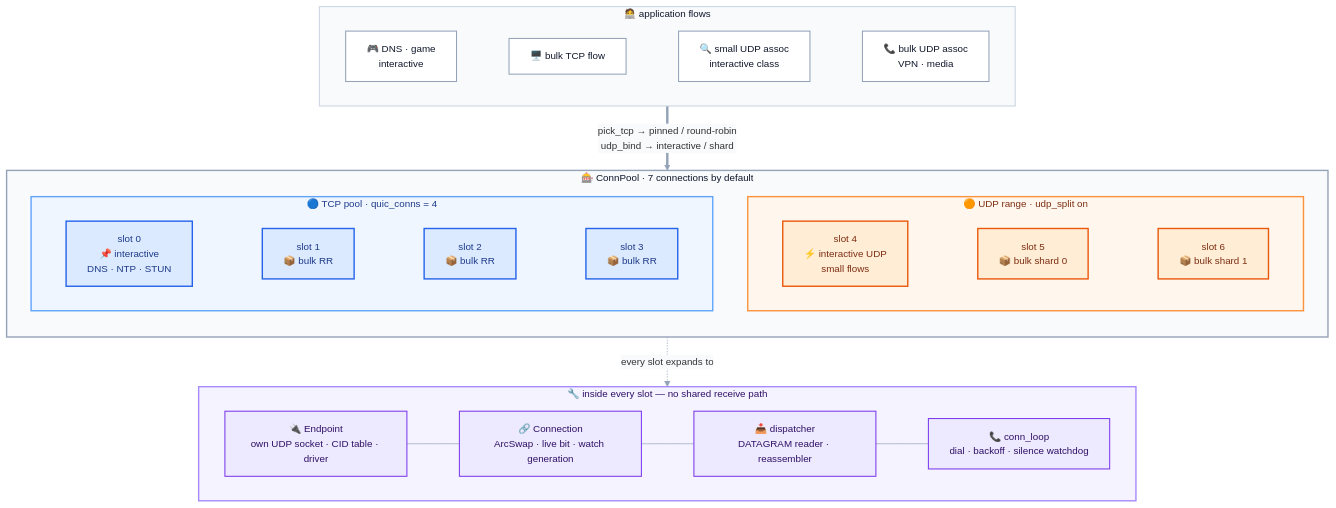
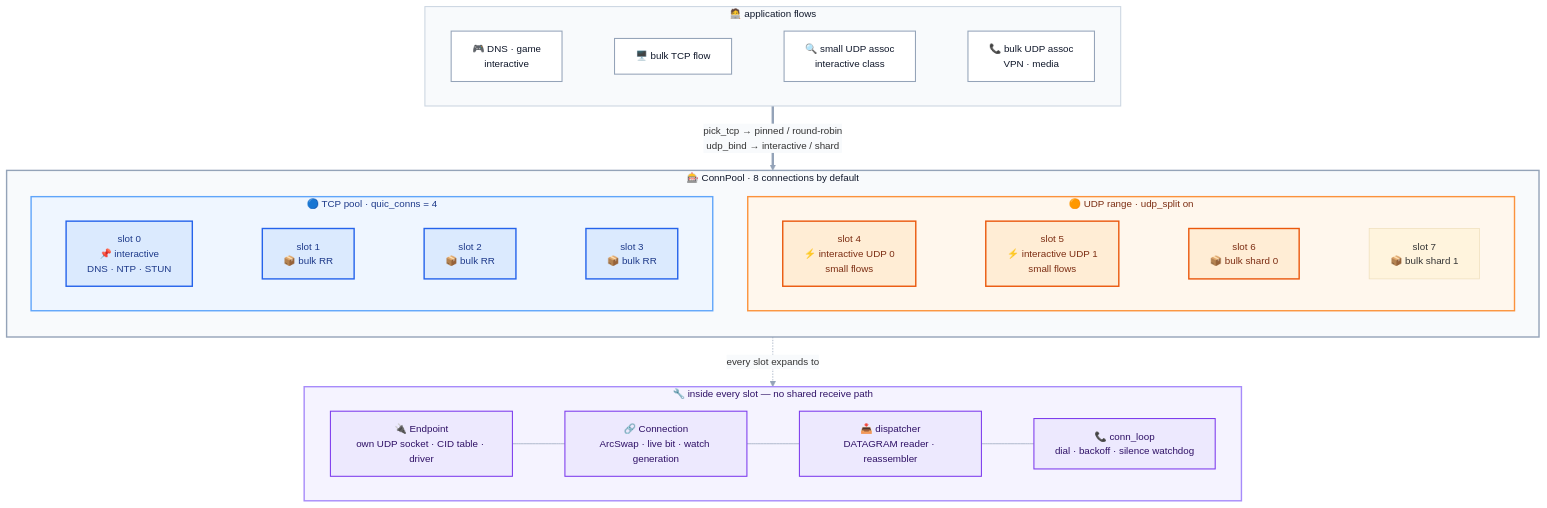
Before and after one commit to Terutoki/MyQUIC2: diagram 11 of 31 in README.md, drawn with Mermaid. The commit also changed other lines of this file and 14 other files, not shown here.

````diff
--- a/README.md
+++ b/README.md
@@ -1429,55 +1431,56 @@
 ```mermaid
 %%{init: {"theme":"base","themeVariables":{"fontSize":"14px","lineColor":"#94a3b8","textColor":"#0f172a","edgeLabelBackground":"#f8fafc"}}}%%
 flowchart TB
     accTitle: Connection pool panorama
-    accDescr: Four TCP slots and three UDP slots separate interactive and bulk traffic, and every slot owns an endpoint, connection, dispatcher, and connection loop.
+    accDescr: Four TCP slots and four UDP slots separate interactive and bulk traffic, and every slot owns an endpoint, connection, dispatcher, and connection loop.
     subgraph APPS["🧑‍💻  application flows"]
         direction LR
         APP2["🎮 DNS · game<br/>interactive"]
         APP1["🖥️ bulk TCP flow"]
         APP4["🔍 small UDP assoc<br/>interactive class"]
         APP3["📞 bulk UDP assoc<br/>VPN · media"]
         APP2 ~~~ APP1 ~~~ APP4 ~~~ APP3
     end
-    subgraph POOL["🎰  ConnPool · 7 connections by default"]
+    subgraph POOL["🎰  ConnPool · 8 connections by default"]
         direction TB
         subgraph UDPR["🟠 UDP range · udp_split on"]
             direction LR
-            U0["slot 4<br/>⚡ interactive UDP<br/>small flows"]
-            U1["slot 5<br/>📦 bulk shard 0"]
-            U2["slot 6<br/>📦 bulk shard 1"]
-            U0 ~~~ U1 ~~~ U2
+            U0["slot 4<br/>⚡ interactive UDP 0<br/>small flows"]
+            U1["slot 5<br/>⚡ interactive UDP 1<br/>small flows"]
+            U2["slot 6<br/>📦 bulk shard 0"]
+            U3["slot 7<br/>📦 bulk shard 1"]
+            U0 ~~~ U1 ~~~ U2 ~~~ U3
         end
         subgraph TCP["🔵 TCP pool · quic_conns = 4"]
             direction LR
             T0["slot 0<br/>📌 interactive<br/>DNS · NTP · STUN"]
             T1["slot 1<br/>📦 bulk RR"]
             T2["slot 2<br/>📦 bulk RR"]
             T3["slot 3<br/>📦 bulk RR"]
             T0 ~~~ T1 ~~~ T2 ~~~ T3
         end
     end
     subgraph SLOT["🔧  inside every slot — no shared receive path"]
         direction LR
         EP["🔌 Endpoint<br/>own UDP socket · CID table · driver"]
         CN["🔗 Connection<br/>ArcSwap · live bit · watch generation"]
         DL["📥 dispatcher<br/>DATAGRAM reader · reassembler"]
         LP["📞 conn_loop<br/>dial · backoff · silence watchdog"]
         EP --- CN --- DL --- LP
     end
     APPS ==>|"pick_tcp → pinned / round-robin<br/>udp_bind → interactive / shard"| POOL
     POOL -.->|"every slot expands to"| SLOT
     style APPS fill:#f8fafc,stroke:#cbd5e1,stroke-width:1.5px,color:#0f172a
     style POOL fill:#f8fafc,stroke:#94a3b8,stroke-width:2px,color:#0f172a
     style TCP fill:#eff6ff,stroke:#60a5fa,stroke-width:2px,color:#1e3a8a
     style UDPR fill:#fff7ed,stroke:#fb923c,stroke-width:2px,color:#7c2d12
     style SLOT fill:#f5f3ff,stroke:#a78bfa,stroke-width:2px,color:#2e1065
     classDef wire fill:#dbeafe,stroke:#2563eb,stroke-width:2px,color:#1e3a8a
     classDef exit fill:#ffedd5,stroke:#ea580c,stroke-width:2px,color:#7c2d12
     classDef note fill:#ede9fe,stroke:#7c3aed,stroke-width:1.5px,color:#2e1065
     classDef app fill:#ffffff,stroke:#94a3b8,stroke-width:1.5px,color:#0f172a
     class T0,T1,T2,T3 wire
     class U0,U1,U2 exit
     class EP,CN,DL,LP note
     class APP1,APP2,APP3,APP4 app
 ```
````
